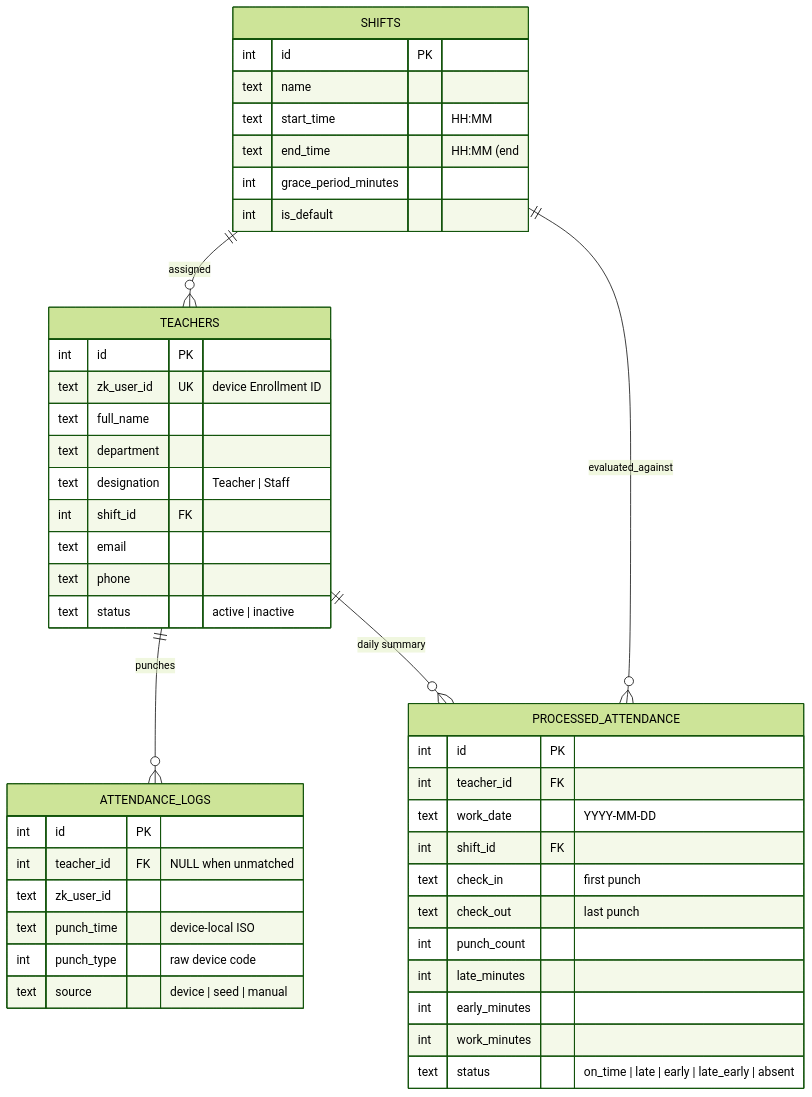
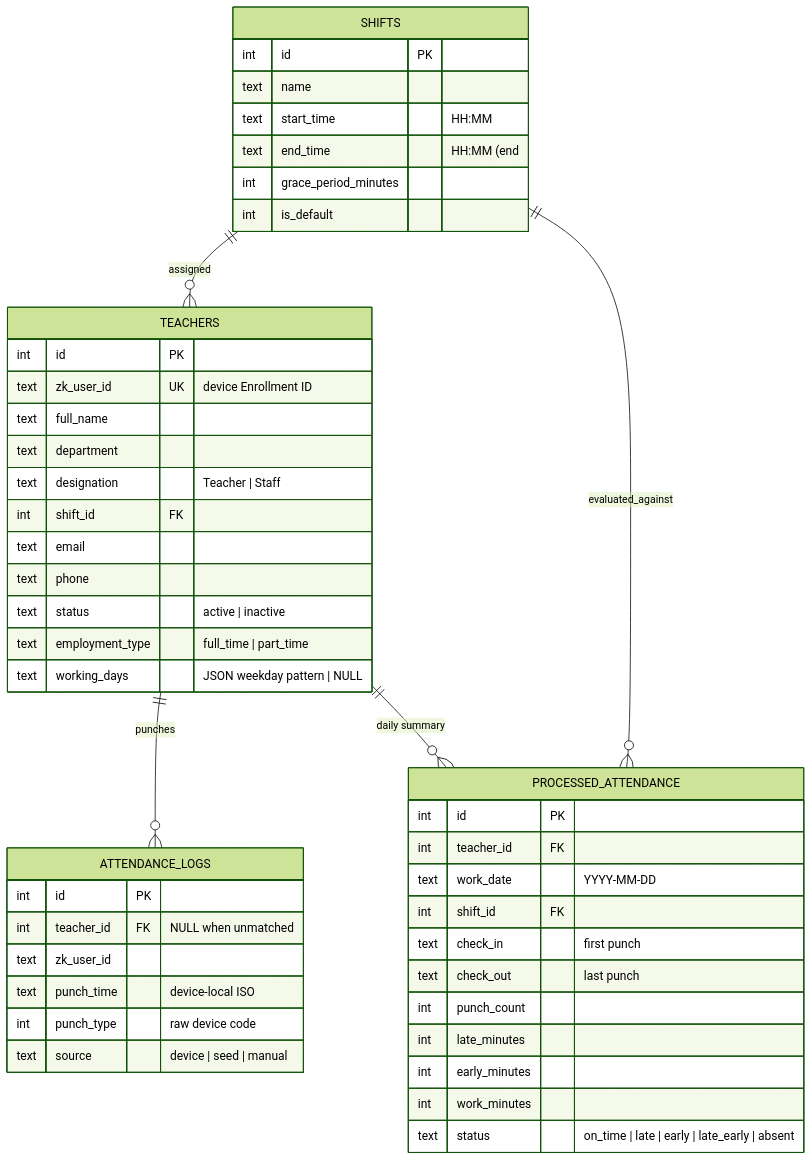
One commit to PrinceTiwari00/ATT changed the third of 4 diagrams in docs/ARCHITECTURE.md. Above: the diagram before and after it, drawn with Mermaid (forest theme). The commit also changed other lines of this file and 17 other files, not shown here.

````diff
--- a/docs/ARCHITECTURE.md
+++ b/docs/ARCHITECTURE.md
@@ -88,48 +104,50 @@
 ```mermaid
 erDiagram
     SHIFTS ||--o{ TEACHERS : assigned
     TEACHERS ||--o{ ATTENDANCE_LOGS : punches
     TEACHERS ||--o{ PROCESSED_ATTENDANCE : "daily summary"
     SHIFTS ||--o{ PROCESSED_ATTENDANCE : evaluated_against
 
     SHIFTS {
         int id PK
         text name
         text start_time      "HH:MM"
         text end_time        "HH:MM (end<start ⇒ overnight)"
         int grace_period_minutes
         int is_default
     }
     TEACHERS {
         int id PK
         text zk_user_id UK   "device Enrollment ID"
         text full_name
         text department
         text designation     "Teacher | Staff"
         int shift_id FK
         text email
         text phone
         text status          "active | inactive"
+        text employment_type "full_time | part_time"
+        text working_days    "JSON weekday pattern | NULL"
     }
     ATTENDANCE_LOGS {
         int id PK
         int teacher_id FK    "NULL when unmatched"
         text zk_user_id
         text punch_time      "device-local ISO"
         int punch_type       "raw device code"
         text source          "device | seed | manual"
     }
     PROCESSED_ATTENDANCE {
         int id PK
         int teacher_id FK
         text work_date       "YYYY-MM-DD"
         int shift_id FK
         text check_in        "first punch"
         text check_out       "last punch"
         int punch_count
         int late_minutes
         int early_minutes
         int work_minutes
         text status          "on_time | late | early | late_early | absent"
     }
 ```
````
